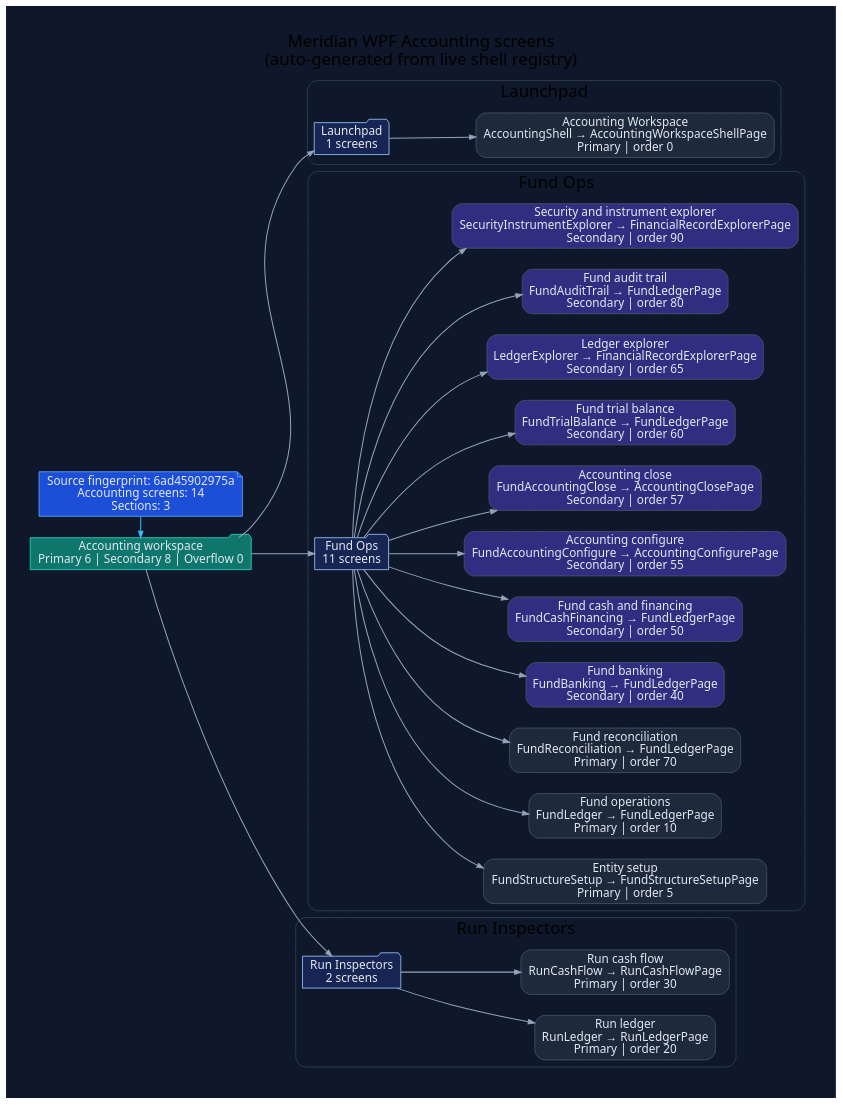
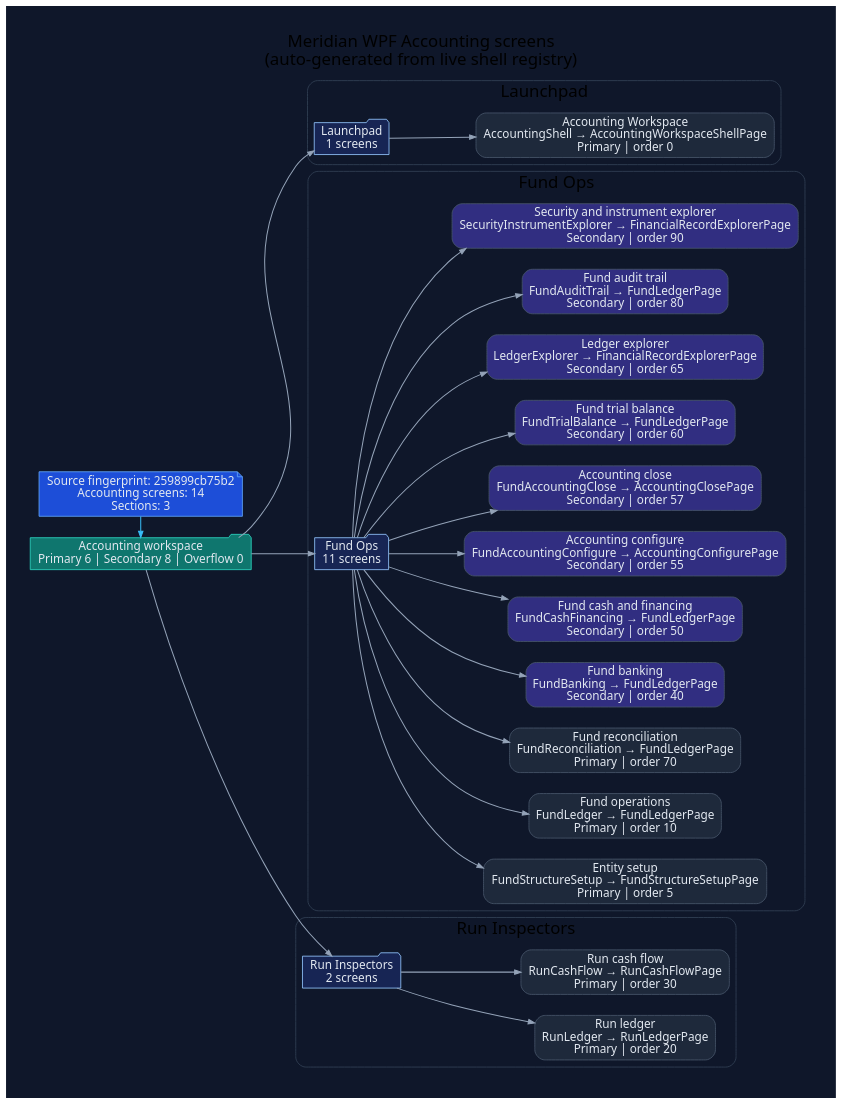
The diagram in docs/diagrams/ui/ui-wpf-screens-accounting.dot (rodoHasArrived/Meridian-main), drawn with Graphviz before and after one commit. The commit also changed 183 other files, not shown here.

```diff
--- a/docs/diagrams/ui/ui-wpf-screens-accounting.dot
+++ b/docs/diagrams/ui/ui-wpf-screens-accounting.dot
@@ -1,78 +1,78 @@
 // -----------------------------------------------------------------------------
 // <auto-generated>
 // Generated by scripts/generate-diagrams.mjs.
 // Do not edit this file directly; update the WPF source files instead.
 // -----------------------------------------------------------------------------
 digraph WpfAccountingScreens {
   graph [
     rankdir=LR,
     labelloc=t,
     label="Meridian WPF Accounting screens\n(auto-generated from live shell registry)",
     fontname="Segoe UI",
     fontsize=20,
     pad=0.4,
     nodesep=0.35,
     ranksep=0.85,
     bgcolor="#0f172a"
   ];
   node [fontname="Segoe UI", shape=box, style="rounded,filled", color="#475569", fontcolor="#e2e8f0", fillcolor="#1e293b"];
   edge [fontname="Segoe UI", color="#94a3b8", penwidth=1.2, arrowsize=0.75];
 
-  generated [shape=note, fillcolor="#1d4ed8", color="#60a5fa", label="Source fingerprint: 6ad45902975a\nAccounting screens: 14\nSections: 3"];
+  generated [shape=note, fillcolor="#1d4ed8", color="#60a5fa", label="Source fingerprint: 259899cb75b2\nAccounting screens: 14\nSections: 3"];
   workspace [shape=folder, fillcolor="#0f766e", color="#2dd4bf", label="Accounting workspace\nPrimary 6 | Secondary 8 | Overflow 0"];
   generated -> workspace [color="#38bdf8"];
 
   subgraph cluster_section_1 {
     label="Launchpad";
     color="#334155";
     style="rounded";
     section_1 [shape=folder, fillcolor="#172554", color="#93c5fd", label="Launchpad\n1 screens"];
     workspace -> section_1;
     screen_AccountingShell [fillcolor="#1e293b", label="Accounting Workspace\nAccountingShell → AccountingWorkspaceShellPage\nPrimary | order 0"];
     section_1 -> screen_AccountingShell;
   }
 
   subgraph cluster_section_2 {
     label="Fund Ops";
     color="#334155";
     style="rounded";
     section_2 [shape=folder, fillcolor="#172554", color="#93c5fd", label="Fund Ops\n11 screens"];
     workspace -> section_2;
     screen_FundStructureSetup [fillcolor="#1e293b", label="Entity setup\nFundStructureSetup → FundStructureSetupPage\nPrimary | order 5"];
     section_2 -> screen_FundStructureSetup;
     screen_FundLedger [fillcolor="#1e293b", label="Fund operations\nFundLedger → FundLedgerPage\nPrimary | order 10"];
     section_2 -> screen_FundLedger;
     screen_FundReconciliation [fillcolor="#1e293b", label="Fund reconciliation\nFundReconciliation → FundLedgerPage\nPrimary | order 70"];
     section_2 -> screen_FundReconciliation;
     screen_FundBanking [fillcolor="#312e81", label="Fund banking\nFundBanking → FundLedgerPage\nSecondary | order 40"];
     section_2 -> screen_FundBanking;
     screen_FundCashFinancing [fillcolor="#312e81", label="Fund cash and financing\nFundCashFinancing → FundLedgerPage\nSecondary | order 50"];
     section_2 -> screen_FundCashFinancing;
     screen_FundAccountingConfigure [fillcolor="#312e81", label="Accounting configure\nFundAccountingConfigure → AccountingConfigurePage\nSecondary | order 55"];
     section_2 -> screen_FundAccountingConfigure;
     screen_FundAccountingClose [fillcolor="#312e81", label="Accounting close\nFundAccountingClose → AccountingClosePage\nSecondary | order 57"];
     section_2 -> screen_FundAccountingClose;
     screen_FundTrialBalance [fillcolor="#312e81", label="Fund trial balance\nFundTrialBalance → FundLedgerPage\nSecondary | order 60"];
     section_2 -> screen_FundTrialBalance;
     screen_LedgerExplorer [fillcolor="#312e81", label="Ledger explorer\nLedgerExplorer → FinancialRecordExplorerPage\nSecondary | order 65"];
     section_2 -> screen_LedgerExplorer;
     screen_FundAuditTrail [fillcolor="#312e81", label="Fund audit trail\nFundAuditTrail → FundLedgerPage\nSecondary | order 80"];
     section_2 -> screen_FundAuditTrail;
     screen_SecurityInstrumentExplorer [fillcolor="#312e81", label="Security and instrument explorer\nSecurityInstrumentExplorer → FinancialRecordExplorerPage\nSecondary | order 90"];
     section_2 -> screen_SecurityInstrumentExplorer;
   }
 
   subgraph cluster_section_3 {
     label="Run Inspectors";
     color="#334155";
     style="rounded";
     section_3 [shape=folder, fillcolor="#172554", color="#93c5fd", label="Run Inspectors\n2 screens"];
     workspace -> section_3;
     screen_RunLedger [fillcolor="#1e293b", label="Run ledger\nRunLedger → RunLedgerPage\nPrimary | order 20"];
     section_3 -> screen_RunLedger;
     screen_RunCashFlow [fillcolor="#1e293b", label="Run cash flow\nRunCashFlow → RunCashFlowPage\nPrimary | order 30"];
     section_3 -> screen_RunCashFlow;
   }
 
   { rank=min; generated; workspace; }
 }
```
